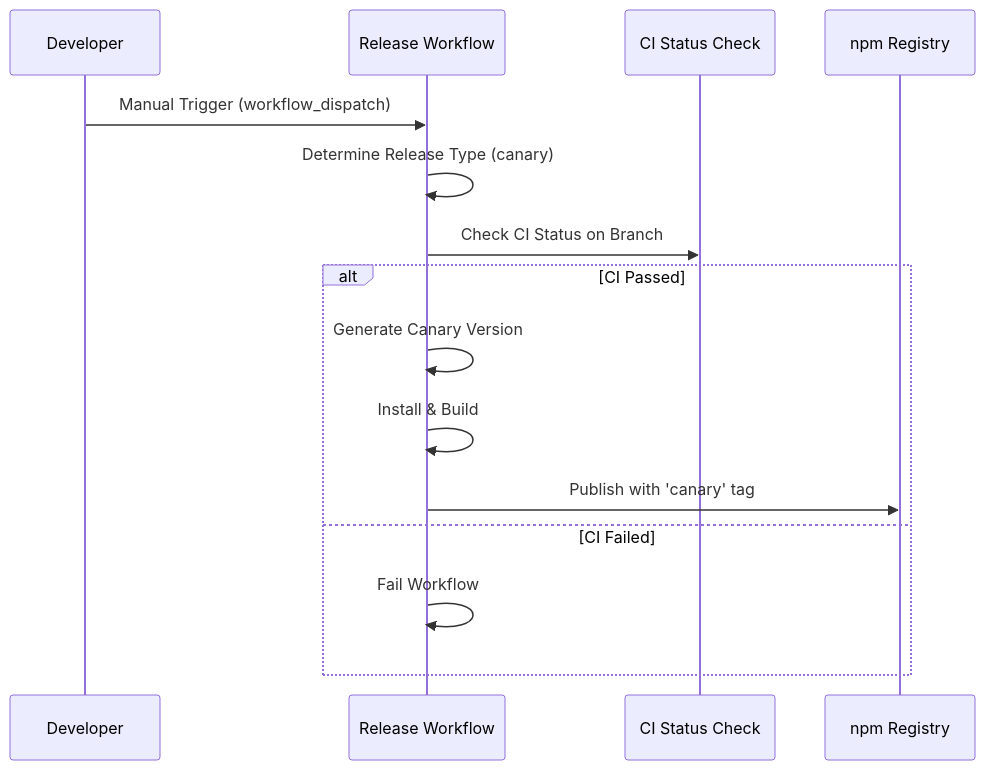
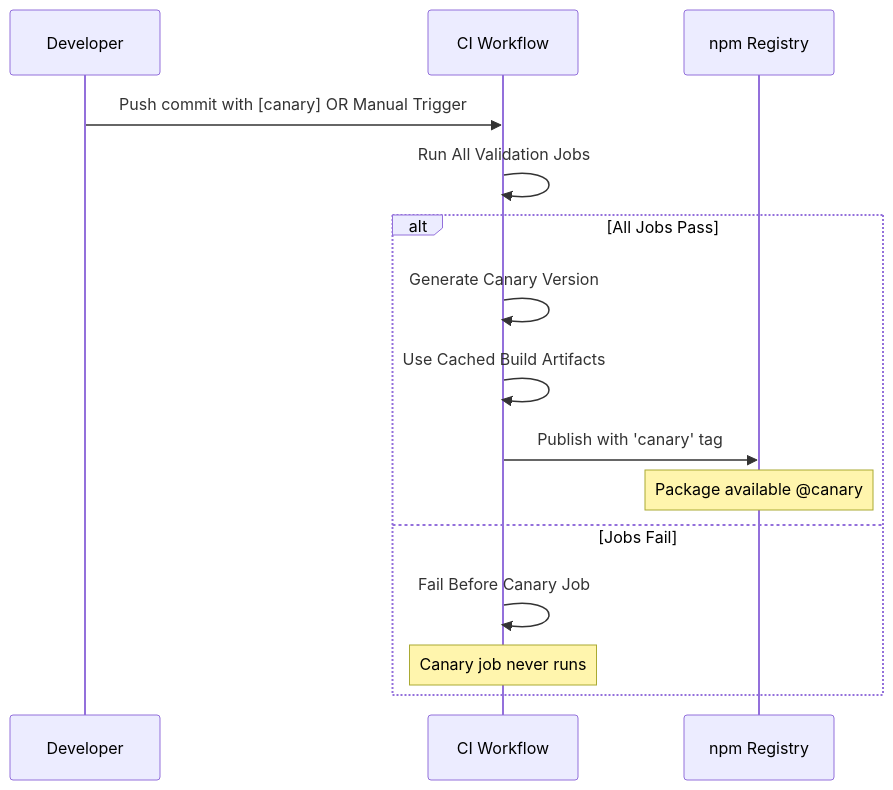
One commit to iress/design-system changed the fourth of 4 diagrams in .github/WORKFLOWS.md. Above: the diagram before and after it, drawn with Mermaid. The commit also changed other lines of this file and 10 other files, not shown here.

````diff
--- a/.github/WORKFLOWS.md
+++ b/.github/WORKFLOWS.md
@@ -172,18 +221,18 @@
 ```mermaid
 sequenceDiagram
-    participant User as Developer
-    participant R as Release Workflow
-    participant CI as CI Status Check
+    participant Dev as Developer
+    participant CI as CI Workflow
     participant NPM as npm Registry
 
-    User->>R: Manual Trigger (workflow_dispatch)
-    R->>R: Determine Release Type (canary)
-    R->>CI: Check CI Status on Branch
-    alt CI Passed
-        R->>R: Generate Canary Version
-        R->>R: Install & Build
-        R->>NPM: Publish with 'canary' tag
-    else CI Failed
-        R->>R: Fail Workflow
+    Dev->>CI: Push commit with [canary] OR Manual Trigger
+    CI->>CI: Run All Validation Jobs
+    alt All Jobs Pass
+        CI->>CI: Generate Canary Version
+        CI->>CI: Use Cached Build Artifacts
+        CI->>NPM: Publish with 'canary' tag
+        Note over NPM: Package available @canary
+    else Jobs Fail
+        CI->>CI: Fail Before Canary Job
+        Note over CI: Canary job never runs
     end
 ```
````
